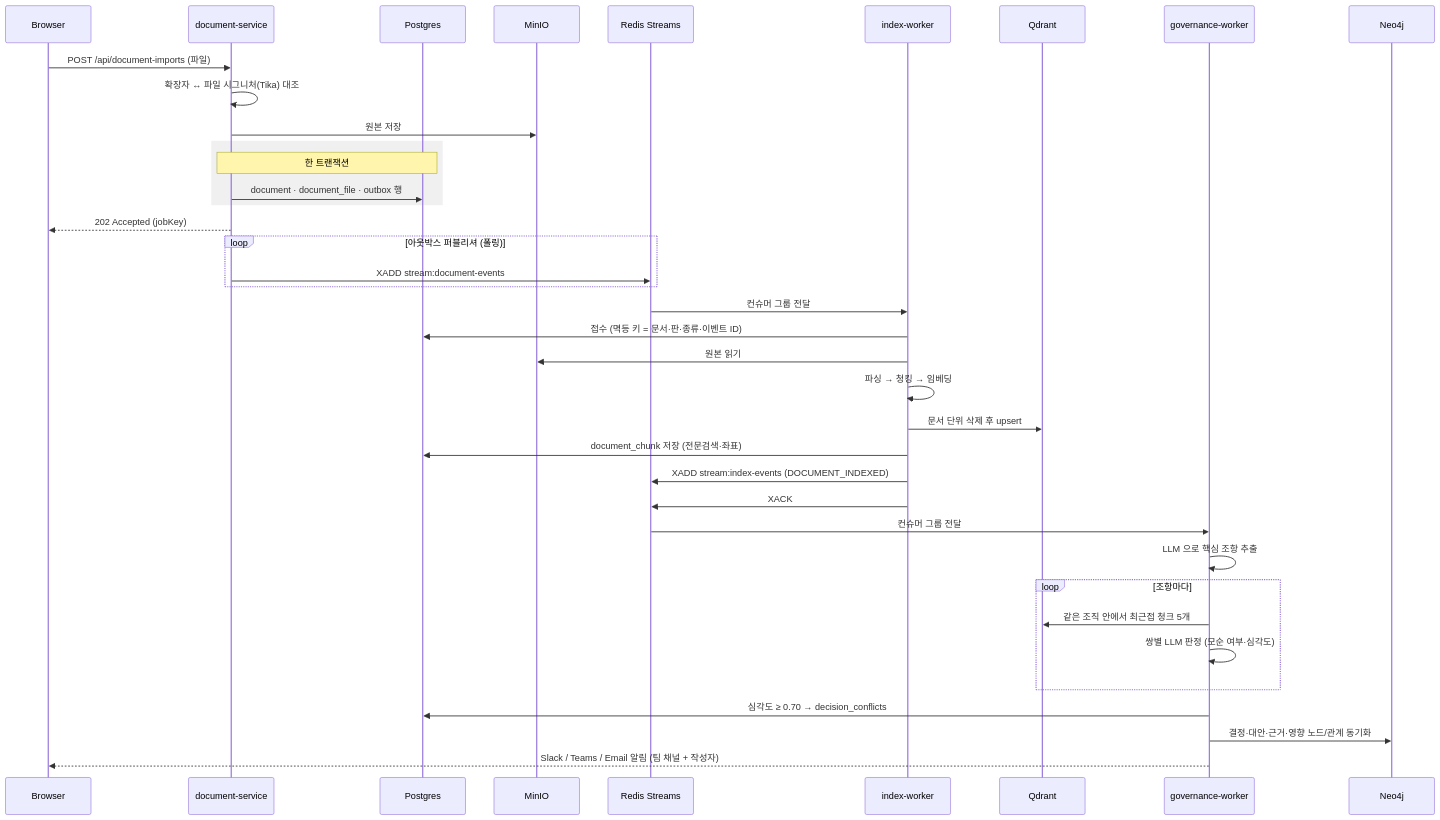
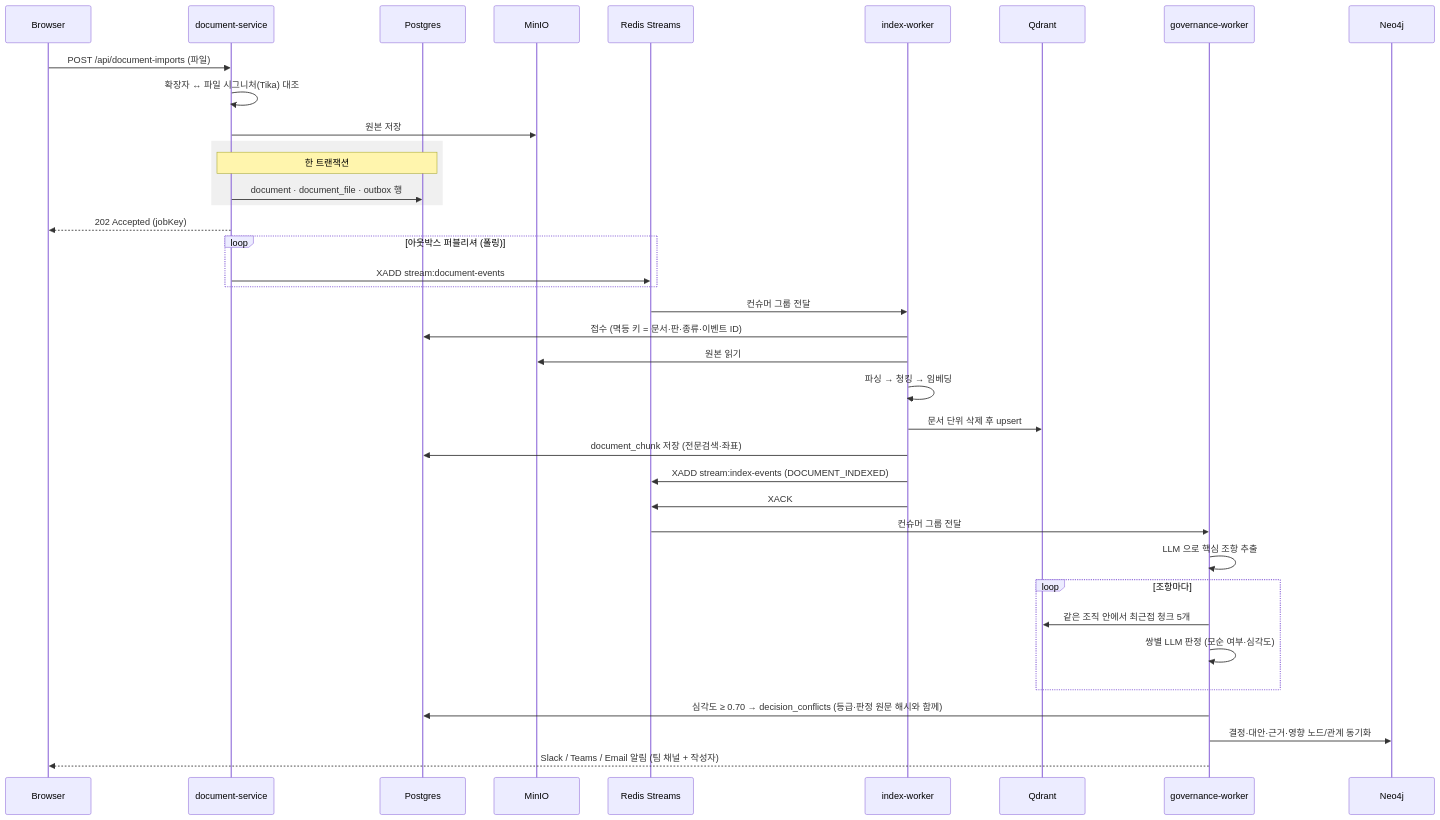
One commit to bbbbb0413/org-decision-history changed the third of 7 diagrams in docs/아키텍처_및_요청흐름.md. Above: the diagram before and after it, drawn with Mermaid. The commit also changed other lines of this file and 191 other files, not shown here.

````diff
--- a/docs/아키텍처_및_요청흐름.md
+++ b/docs/아키텍처_및_요청흐름.md
@@ -101,44 +115,44 @@
 ```mermaid
 sequenceDiagram
     participant C as Browser
     participant D as document-service
     participant PG as Postgres
     participant M as MinIO
     participant R as Redis Streams
     participant I as index-worker
     participant Q as Qdrant
     participant G as governance-worker
     participant N as Neo4j
 
     C->>D: POST /api/document-imports (파일)
     D->>D: 확장자 ↔ 파일 시그니처(Tika) 대조
     D->>M: 원본 저장
     rect rgb(240,240,240)
     note over D,PG: 한 트랜잭션
     D->>PG: document · document_file · outbox 행
     end
     D-->>C: 202 Accepted (jobKey)
 
     loop 아웃박스 퍼블리셔 (폴링)
         D->>R: XADD stream:document-events
     end
 
     R->>I: 컨슈머 그룹 전달
     I->>PG: 접수 (멱등 키 = 문서·판·종류·이벤트 ID)
     I->>M: 원본 읽기
     I->>I: 파싱 → 청킹 → 임베딩
     I->>Q: 문서 단위 삭제 후 upsert
     I->>PG: document_chunk 저장 (전문검색·좌표)
     I->>R: XADD stream:index-events (DOCUMENT_INDEXED)
     I->>R: XACK
 
     R->>G: 컨슈머 그룹 전달
     G->>G: LLM 으로 핵심 조항 추출
     loop 조항마다
         G->>Q: 같은 조직 안에서 최근접 청크 5개
         G->>G: 쌍별 LLM 판정 (모순 여부·심각도)
     end
-    G->>PG: 심각도 ≥ 0.70 → decision_conflicts
+    G->>PG: 심각도 ≥ 0.70 → decision_conflicts (등급·판정 원문 해시와 함께)
     G->>N: 결정·대안·근거·영향 노드/관계 동기화
     G-->>C: Slack / Teams / Email 알림 (팀 채널 + 작성자)
 ```
````
